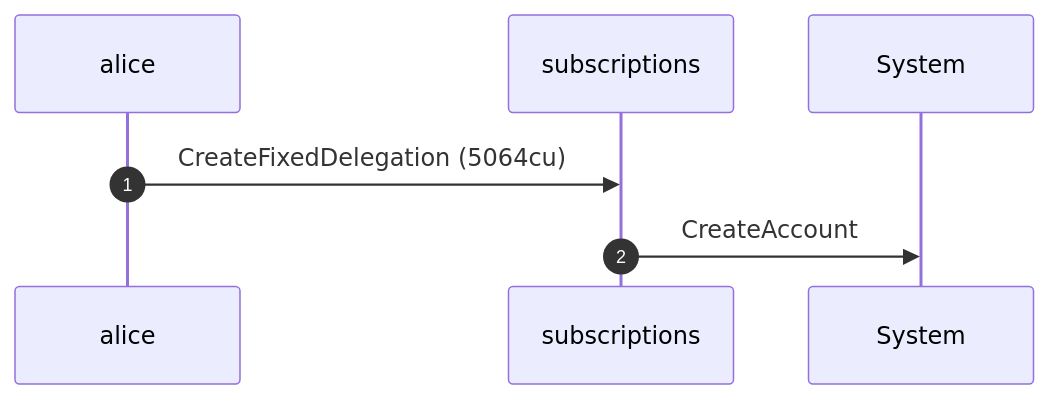
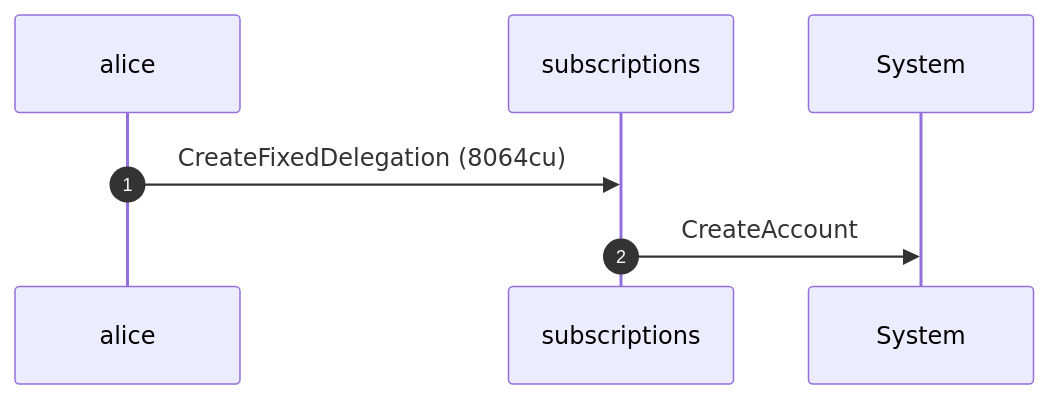
One commit to cds-rs/subscriptions changed the fifth of 20 diagrams in dsl_tests/payer-recovers-a-delegation-after-the-authority-is-re-initialized.md. Above: the diagram before and after it, drawn with Mermaid. The commit also changed other lines of this file and 224 other files, not shown here.

````diff
--- a/dsl_tests/payer-recovers-a-delegation-after-the-authority-is-re-initialized.md
+++ b/dsl_tests/payer-recovers-a-delegation-after-the-authority-is-re-initialized.md
@@ -105,9 +111,9 @@
 ```mermaid
 sequenceDiagram
     autonumber
     participant alice
     participant subscriptions
     participant System
-    alice ->> subscriptions: CreateFixedDelegation (5064cu)
+    alice ->> subscriptions: CreateFixedDelegation (8064cu)
     subscriptions ->> System: CreateAccount
 ```
````
